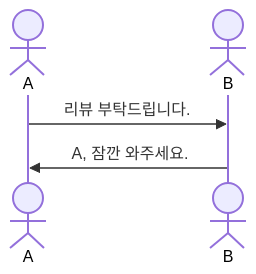
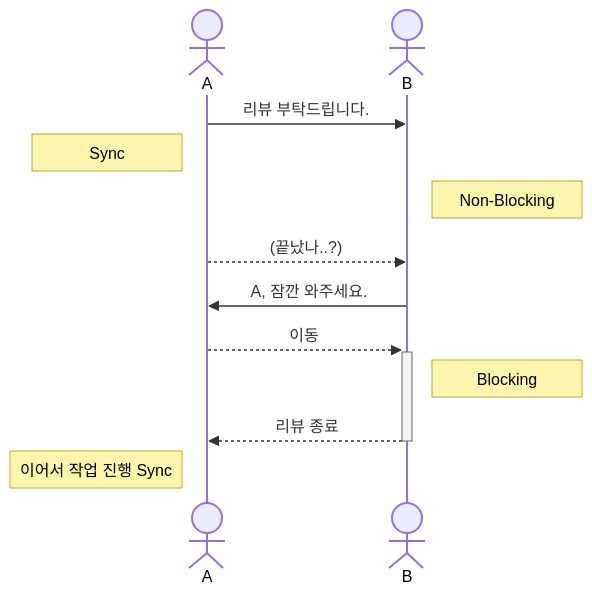
The third of 3 diagrams in Resource/Sync Async and Blocking Non-blocking.md (songkg7/haril-vault), drawn with Mermaid before and after one commit. The commit also changed other lines of this file and 4 other files, not shown here.

````diff
--- a/Resource/Sync Async and Blocking Non-blocking.md
+++ b/Resource/Sync Async and Blocking Non-blocking.md
@@ -63,7 +67,14 @@
 ```mermaid
 sequenceDiagram
     actor A
     actor B
     A ->> B: 리뷰 부탁드립니다.
+    Note left of A: Sync
+    Note right of B: Non-Blocking
+    A -->> B: (끝났나..?)
     B ->> A: A, 잠깐 와주세요.
+    A -->> +B: 이동
+    Note right of B: Blocking
+    B -->> -A: 리뷰 종료
+    Note left of A: 이어서 작업 진행 Sync
 ```
````
